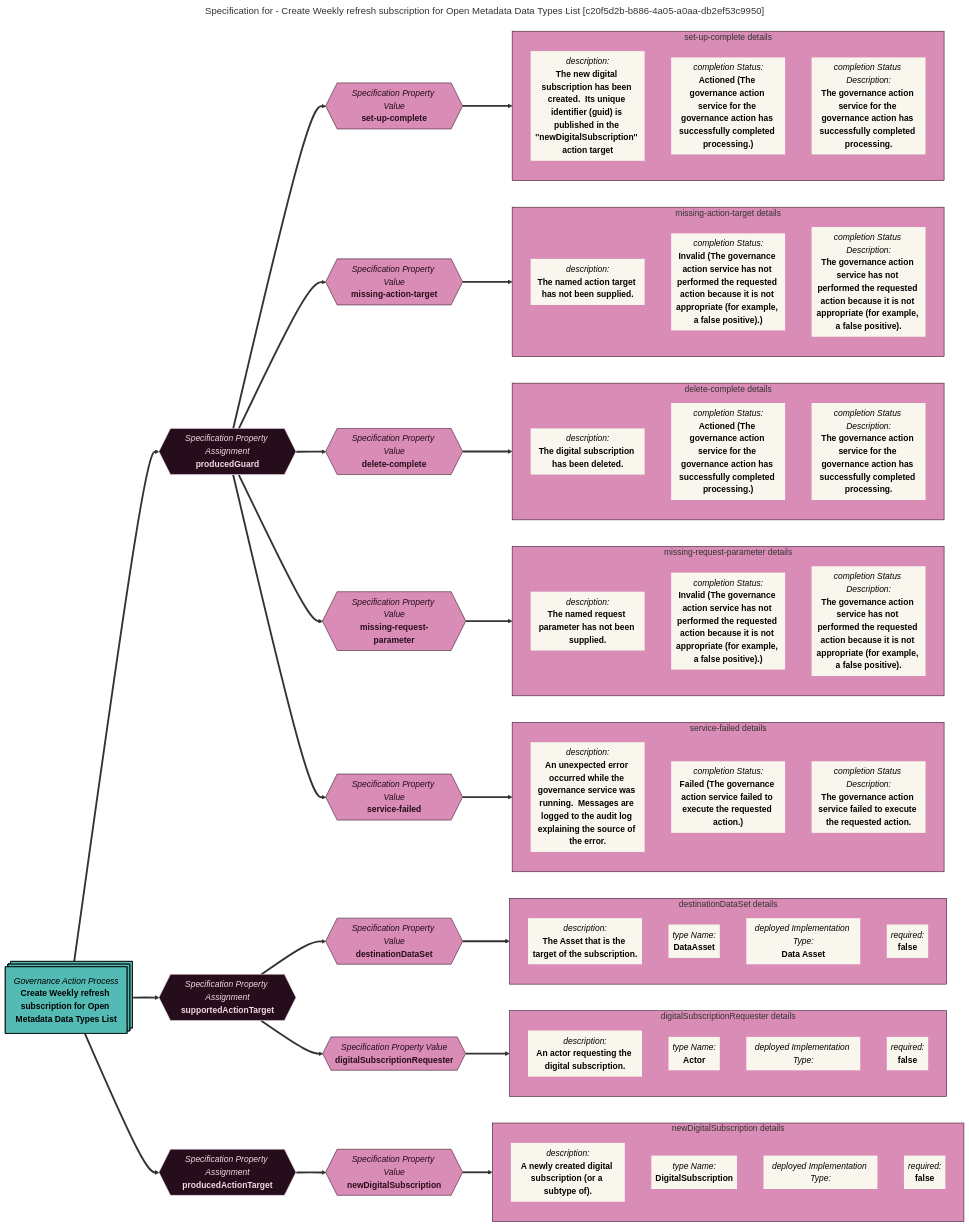
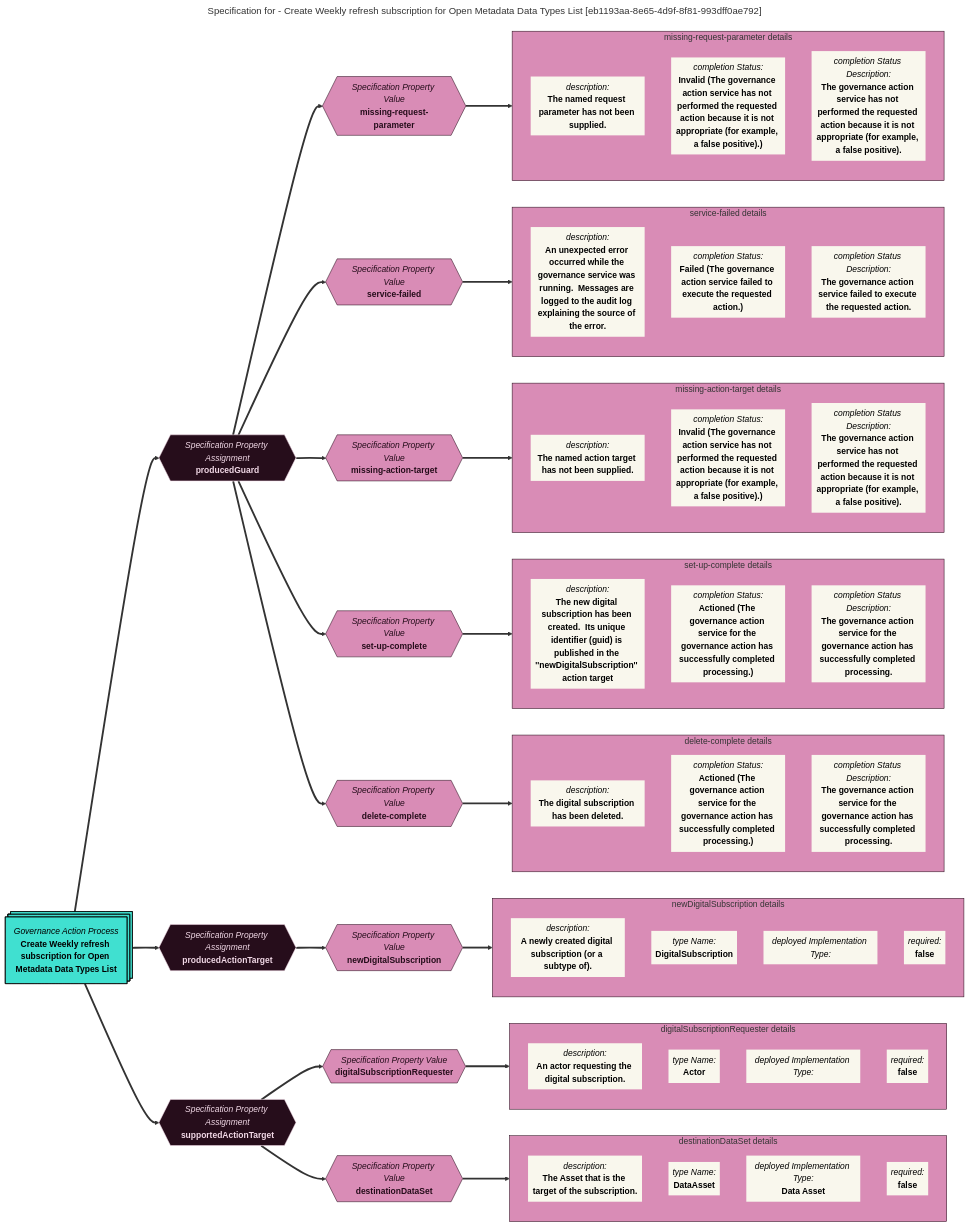
Before and after one commit to odpi/egeria-docs: the diagram in site/snippets/governance-action-processes/create-weekly-refresh-subscription-for-open-metadata-data-types-list-specification-mermaid-graph.md, drawn with Mermaid. The commit also changed 2201 other files, not shown here.

````diff
--- a/site/snippets/governance-action-processes/create-weekly-refresh-subscription-for-open-metadata-data-types-list-specification-mermaid-graph.md
+++ b/site/snippets/governance-action-processes/create-weekly-refresh-subscription-for-open-metadata-data-types-list-specification-mermaid-graph.md
@@ -1,6 +1,6 @@
 ```mermaid
 ---
-title: Specification for - Create Weekly refresh subscription for Open Metadata Data Types List [c20f5d2b-b886-4a05-a0aa-db2ef53c9950]
+title: Specification for - Create Weekly refresh subscription for Open Metadata Data Types List [eb1193aa-8e65-4d9f-8f81-993dff0ae792]
 ---
 flowchart LR
 %%{init: {"flowchart": {"htmlLabels": false}} }%%
@@ -11,109 +11,109 @@
 **producedGuard**"}
 1==>2
 3@{ shape: hex, label: "*Specification Property Value*
-**set-up-complete**"}
+**missing-request-parameter**"}
 2==>3
-subgraph 4 [set-up-complete details]
+subgraph 4 [missing-request-parameter details]
 5@{ shape: text, label: "*description:*
-**The new digital subscription has been created.  Its unique identifier (guid) is published in the ''newDigitalSubscription'' action target**"}
+**The named request parameter has not been supplied.**"}
 6@{ shape: text, label: "*completion Status:*
-**Actioned (The governance action service for the governance action has successfully completed processing.)**"}
+**Invalid (The governance action service has not performed the requested action because it is not appropriate (for example, a false positive).)**"}
 7@{ shape: text, label: "*completion Status Description:*
-**The governance action service for the governance action has successfully completed processing.**"}
+**The governance action service has not performed the requested action because it is not appropriate (for example, a false positive).**"}
 end
 3==>4
 8@{ shape: hex, label: "*Specification Property Value*
-**missing-action-target**"}
+**service-failed**"}
 2==>8
-subgraph 9 [missing-action-target details]
+subgraph 9 [service-failed details]
 10@{ shape: text, label: "*description:*
-**The named action target has not been supplied.**"}
+**An unexpected error occurred while the governance service was running.  Messages are logged to the audit log explaining the source of the error.**"}
 11@{ shape: text, label: "*completion Status:*
-**Invalid (The governance action service has not performed the requested action because it is not appropriate (for example, a false positive).)**"}
+**Failed (The governance action service failed to execute the requested action.)**"}
 12@{ shape: text, label: "*completion Status Description:*
-**The governance action service has not performed the requested action because it is not appropriate (for example, a false positive).**"}
+**The governance action service failed to execute the requested action.**"}
 end
 8==>9
 13@{ shape: hex, label: "*Specification Property Value*
-**delete-complete**"}
+**missing-action-target**"}
 2==>13
-subgraph 14 [delete-complete details]
+subgraph 14 [missing-action-target details]
 15@{ shape: text, label: "*description:*
-**The digital subscription has been deleted.**"}
+**The named action target has not been supplied.**"}
 16@{ shape: text, label: "*completion Status:*
-**Actioned (The governance action service for the governance action has successfully completed processing.)**"}
+**Invalid (The governance action service has not performed the requested action because it is not appropriate (for example, a false positive).)**"}
 17@{ shape: text, label: "*completion Status Description:*
-**The governance action service for the governance action has successfully completed processing.**"}
+**The governance action service has not performed the requested action because it is not appropriate (for example, a false positive).**"}
 end
 13==>14
 18@{ shape: hex, label: "*Specification Property Value*
-**missing-request-parameter**"}
+**set-up-complete**"}
 2==>18
-subgraph 19 [missing-request-parameter details]
+subgraph 19 [set-up-complete details]
 20@{ shape: text, label: "*description:*
-**The named request parameter has not been supplied.**"}
+**The new digital subscription has been created.  Its unique identifier (guid) is published in the ''newDigitalSubscription'' action target**"}
 21@{ shape: text, label: "*completion Status:*
-**Invalid (The governance action service has not performed the requested action because it is not appropriate (for example, a false positive).)**"}
+**Actioned (The governance action service for the governance action has successfully completed processing.)**"}
 22@{ shape: text, label: "*completion Status Description:*
-**The governance action service has not performed the requested action because it is not appropriate (for example, a false positive).**"}
+**The governance action service for the governance action has successfully completed processing.**"}
 end
 18==>19
 23@{ shape: hex, label: "*Specification Property Value*
-**service-failed**"}
+**delete-complete**"}
 2==>23
-subgraph 24 [service-failed details]
+subgraph 24 [delete-complete details]
 25@{ shape: text, label: "*description:*
-**An unexpected error occurred while the governance service was running.  Messages are logged to the audit log explaining the source of the error.**"}
+**The digital subscription has been deleted.**"}
 26@{ shape: text, label: "*completion Status:*
-**Failed (The governance action service failed to execute the requested action.)**"}
+**Actioned (The governance action service for the governance action has successfully completed processing.)**"}
 27@{ shape: text, label: "*completion Status Description:*
-**The governance action service failed to execute the requested action.**"}
+**The governance action service for the governance action has successfully completed processing.**"}
 end
 23==>24
 28@{ shape: hex, label: "*Specification Property Assignment*
-**supportedActionTarget**"}
+**producedActionTarget**"}
 1==>28
 29@{ shape: hex, label: "*Specification Property Value*
-**destinationDataSet**"}
+**newDigitalSubscription**"}
 28==>29
-subgraph 30 [destinationDataSet details]
+subgraph 30 [newDigitalSubscription details]
 31@{ shape: text, label: "*description:*
-**The Asset that is the target of the subscription.**"}
+**A newly created digital subscription (or a subtype of).**"}
 32@{ shape: text, label: "*type Name:*
-**DataAsset**"}
+**DigitalSubscription**"}
 33@{ shape: text, label: "*deployed Implementation Type:*
-**Data Asset**"}
+"}
 34@{ shape: text, label: "*required:*
 **false**"}
 end
 29==>30
-35@{ shape: hex, label: "*Specification Property Value*
+35@{ shape: hex, label: "*Specification Property Assignment*
+**supportedActionTarget**"}
+1==>35
+36@{ shape: hex, label: "*Specification Property Value*
 **digitalSubscriptionRequester**"}
-28==>35
-subgraph 36 [digitalSubscriptionRequester details]
-37@{ shape: text, label: "*description:*
+35==>36
+subgraph 37 [digitalSubscriptionRequester details]
+38@{ shape: text, label: "*description:*
 **An actor requesting the digital subscription.**"}
-38@{ shape: text, label: "*type Name:*
+39@{ shape: text, label: "*type Name:*
 **Actor**"}
-39@{ shape: text, label: "*deployed Implementation Type:*
+40@{ shape: text, label: "*deployed Implementation Type:*
 "}
-40@{ shape: text, label: "*required:*
+41@{ shape: text, label: "*required:*
 **false**"}
 end
-35==>36
-41@{ shape: hex, label: "*Specification Property Assignment*
-**producedActionTarget**"}
-1==>41
+36==>37
 42@{ shape: hex, label: "*Specification Property Value*
-**newDigitalSubscription**"}
-41==>42
-subgraph 43 [newDigitalSubscription details]
+**destinationDataSet**"}
+35==>42
+subgraph 43 [destinationDataSet details]
 44@{ shape: text, label: "*description:*
-**A newly created digital subscription (or a subtype of).**"}
+**The Asset that is the target of the subscription.**"}
 45@{ shape: text, label: "*type Name:*
-**DigitalSubscription**"}
+**DataAsset**"}
 46@{ shape: text, label: "*deployed Implementation Type:*
-"}
+**Data Asset**"}
 47@{ shape: text, label: "*required:*
 **false**"}
 end
@@ -139,18 +139,18 @@
 style 12 color:#000000, fill:#F9F7ED, stroke:#b7c0c7
 style 34 color:#000000, fill:#F9F7ED, stroke:#b7c0c7
 style 13 color:#260d1b, fill:#d98cb6, stroke:#260d1b
-style 35 color:#260d1b, fill:#d98cb6, stroke:#260d1b
+style 35 color:#f2d9e7, fill:#260d1b, stroke:#f2d9e7
 style 14 color:#260d1b, fill:#d98cb6, stroke:#260d1b
 style 36 color:#260d1b, fill:#d98cb6, stroke:#260d1b
 style 15 color:#000000, fill:#F9F7ED, stroke:#b7c0c7
-style 37 color:#000000, fill:#F9F7ED, stroke:#b7c0c7
+style 37 color:#260d1b, fill:#d98cb6, stroke:#260d1b
 style 16 color:#000000, fill:#F9F7ED, stroke:#b7c0c7
 style 38 color:#000000, fill:#F9F7ED, stroke:#b7c0c7
 style 17 color:#000000, fill:#F9F7ED, stroke:#b7c0c7
 style 39 color:#000000, fill:#F9F7ED, stroke:#b7c0c7
 style 18 color:#260d1b, fill:#d98cb6, stroke:#260d1b
 style 19 color:#260d1b, fill:#d98cb6, stroke:#260d1b
-style 1 color:#000000, fill:#53bbb4, stroke:#000000
+style 1 color:#000000, fill:#40E0D0, stroke:#000000
 style 2 color:#f2d9e7, fill:#260d1b, stroke:#f2d9e7
 style 3 color:#260d1b, fill:#d98cb6, stroke:#260d1b
 style 4 color:#260d1b, fill:#d98cb6, stroke:#260d1b
@@ -160,7 +160,7 @@
 style 8 color:#260d1b, fill:#d98cb6, stroke:#260d1b
 style 9 color:#260d1b, fill:#d98cb6, stroke:#260d1b
 style 40 color:#000000, fill:#F9F7ED, stroke:#b7c0c7
-style 41 color:#f2d9e7, fill:#260d1b, stroke:#f2d9e7
+style 41 color:#000000, fill:#F9F7ED, stroke:#b7c0c7
 style 20 color:#000000, fill:#F9F7ED, stroke:#b7c0c7
 style 42 color:#260d1b, fill:#d98cb6, stroke:#260d1b
 style 21 color:#000000, fill:#F9F7ED, stroke:#b7c0c7
````
